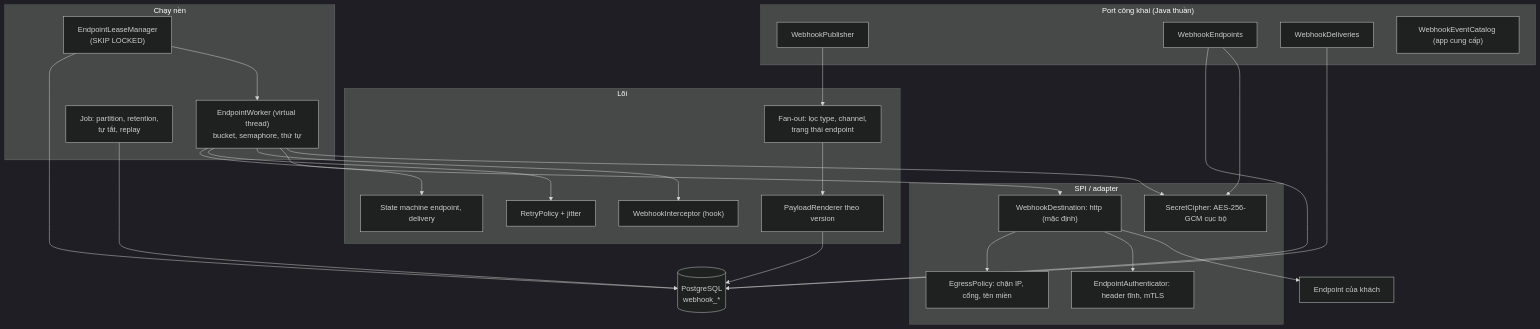
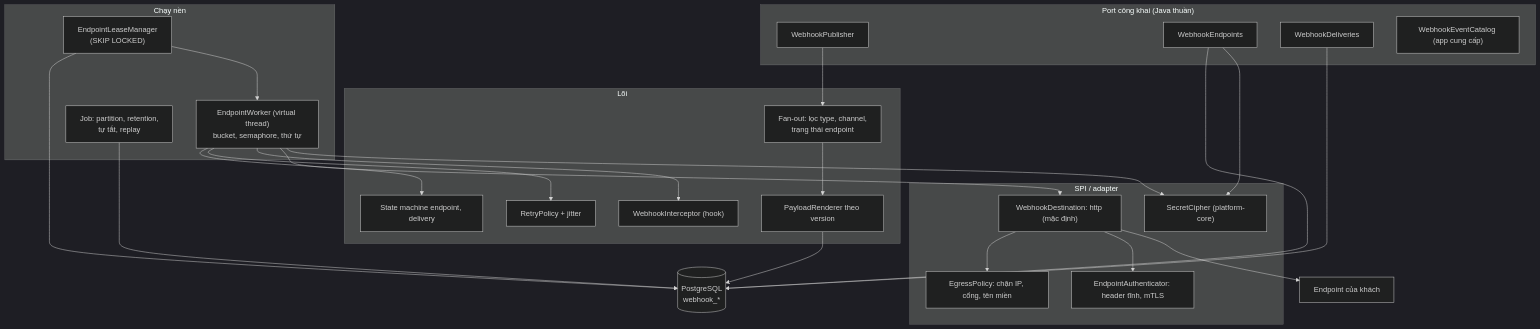
One commit to vyforge/.github changed the second of 9 diagrams in docs/design/webhooks.md. Above: the diagram before and after it, drawn with Mermaid (dark theme). The commit also changed other lines of this file, not shown here.

Commit message:
docs(design): align webhooks design with shared P1 foundation (SecretCipher, StarterSchemaMigrator)

````diff
--- a/docs/design/webhooks.md
+++ b/docs/design/webhooks.md
@@ -283,43 +290,43 @@
 ```mermaid
 flowchart TB
   subgraph api["Port công khai (Java thuần)"]
     pub["WebhookPublisher"]
     eps["WebhookEndpoints"]
     dels["WebhookDeliveries"]
     catp["WebhookEventCatalog (app cung cấp)"]
   end
   subgraph core["Lõi"]
     fan["Fan-out: lọc type, channel,<br/>trạng thái endpoint"]
     render["PayloadRenderer theo version"]
     sched["RetryPolicy + jitter"]
     sm["State machine endpoint, delivery"]
     ic["WebhookInterceptor (hook)"]
   end
   subgraph run["Chạy nền"]
     claim["EndpointLeaseManager<br/>(SKIP LOCKED)"]
     worker["EndpointWorker (virtual thread)<br/>bucket, semaphore, thứ tự"]
     maint["Job: partition, retention,<br/>tự tắt, replay"]
   end
   subgraph spi["SPI / adapter"]
     dest["WebhookDestination: http (mặc định)"]
     auth["EndpointAuthenticator: header tĩnh, mTLS"]
-    cipher["SecretCipher: AES-256-GCM cục bộ"]
+    cipher["SecretCipher (platform-core)"]
     guard["EgressPolicy: chặn IP, cổng, tên miền"]
   end
   db[("PostgreSQL<br/>webhook_*")]
   partner["Endpoint của khách"]
   pub --> fan --> render --> db
   eps --> db
   dels --> db
   claim --> db
   claim --> worker
   worker --> sm
   worker --> sched
   worker --> ic
   worker --> dest --> guard
   dest --> auth
   dest --> partner
   eps --> cipher
   worker --> cipher
   maint --> db
 ```
````
